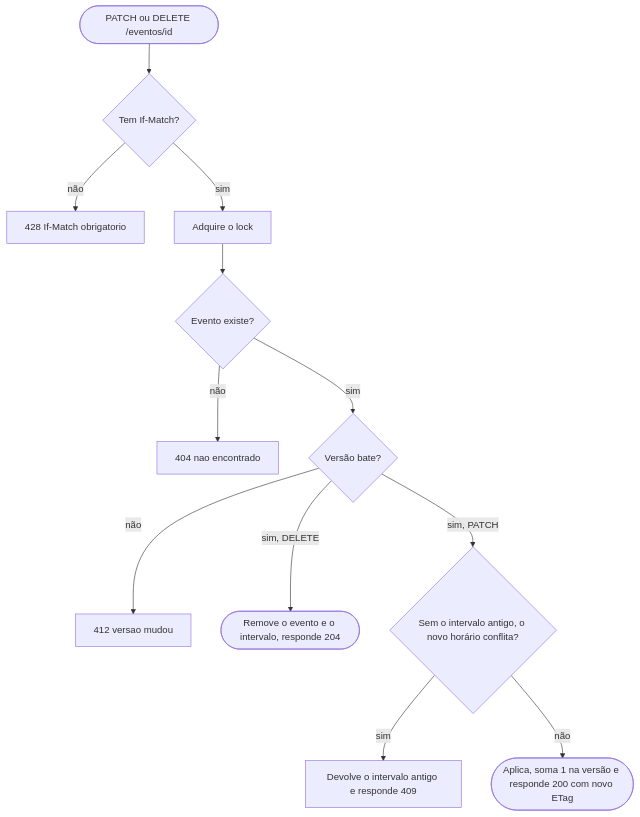
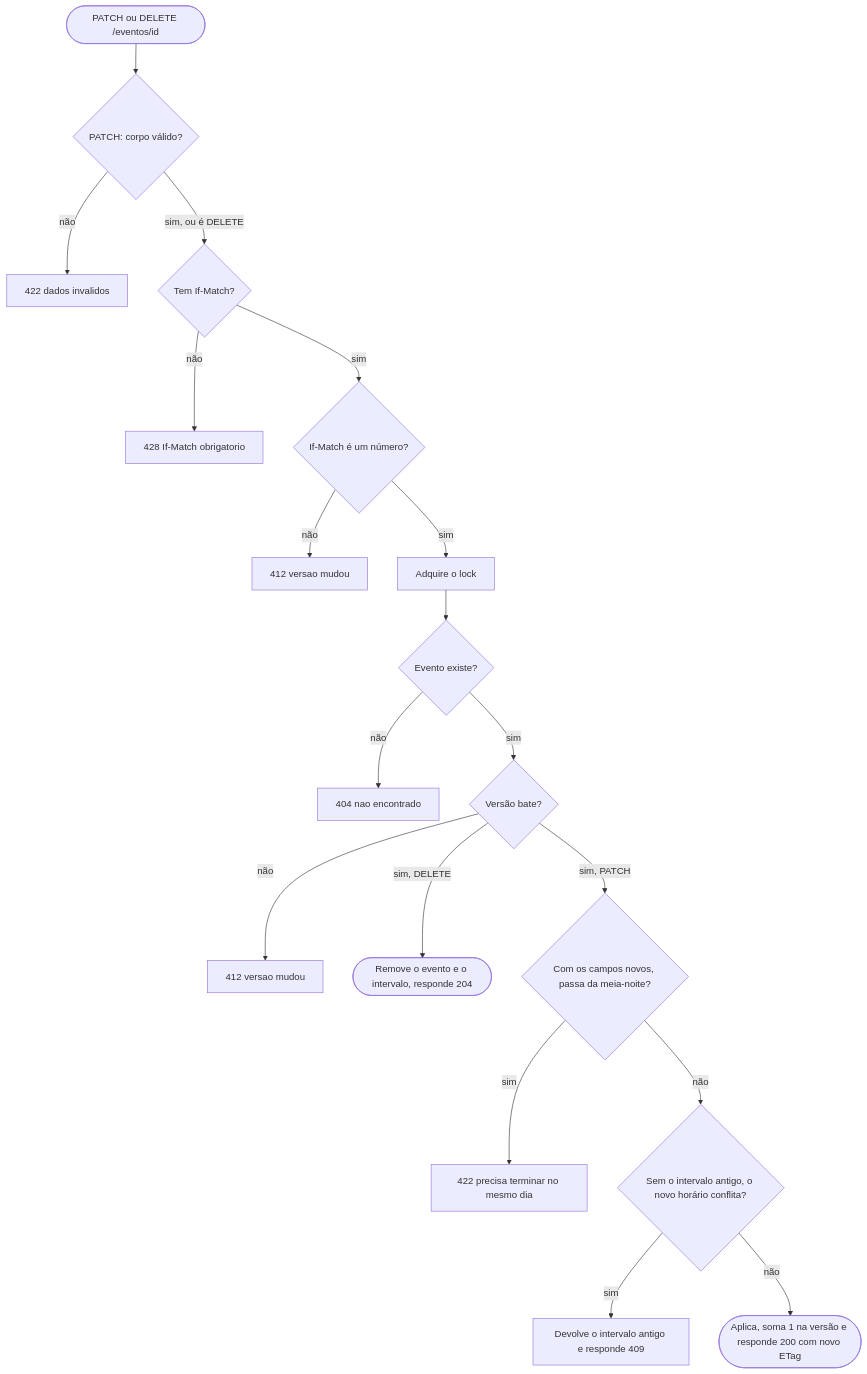
The second of 3 diagrams in docs/diagrama-negocio.md (LucasCabra7/projeto_SD_Equipe2), drawn with Mermaid before and after one commit. The commit also changed other lines of this file and 2 other files, not shown here.

Commit message:
docs: adiciona ao README exemplos com curl de cada operação e o cenário de duas edições simultâneas

````diff
--- a/docs/diagrama-negocio.md
+++ b/docs/diagrama-negocio.md
@@ -24,14 +24,20 @@
 ```mermaid
 flowchart TD
-    inicio(["PATCH ou DELETE /eventos/id"]) --> ifmatch{"Tem If-Match?"}
+    inicio(["PATCH ou DELETE /eventos/id"]) --> corpo{"PATCH: corpo válido?"}
+    corpo -- não --> r422a["422 dados invalidos"]
+    corpo -- "sim, ou é DELETE" --> ifmatch{"Tem If-Match?"}
     ifmatch -- não --> r428["428 If-Match obrigatorio"]
-    ifmatch -- sim --> lock["Adquire o lock"]
+    ifmatch -- sim --> numero{"If-Match é um número?"}
+    numero -- não --> r412a["412 versao mudou"]
+    numero -- sim --> lock["Adquire o lock"]
     lock --> existe{"Evento existe?"}
     existe -- não --> r404["404 nao encontrado"]
     existe -- sim --> versao{"Versão bate?"}
     versao -- não --> r412["412 versao mudou"]
     versao -- "sim, DELETE" --> r204(["Remove o evento e o intervalo, responde 204"])
-    versao -- "sim, PATCH" --> conflito{"Sem o intervalo antigo, o novo horário conflita?"}
+    versao -- "sim, PATCH" --> meianoite{"Com os campos novos, passa da meia-noite?"}
+    meianoite -- sim --> r422b["422 precisa terminar no mesmo dia"]
+    meianoite -- não --> conflito{"Sem o intervalo antigo, o novo horário conflita?"}
     conflito -- sim --> r409["Devolve o intervalo antigo e responde 409"]
     conflito -- não --> r200(["Aplica, soma 1 na versão e responde 200 com novo ETag"])
 ```
````
